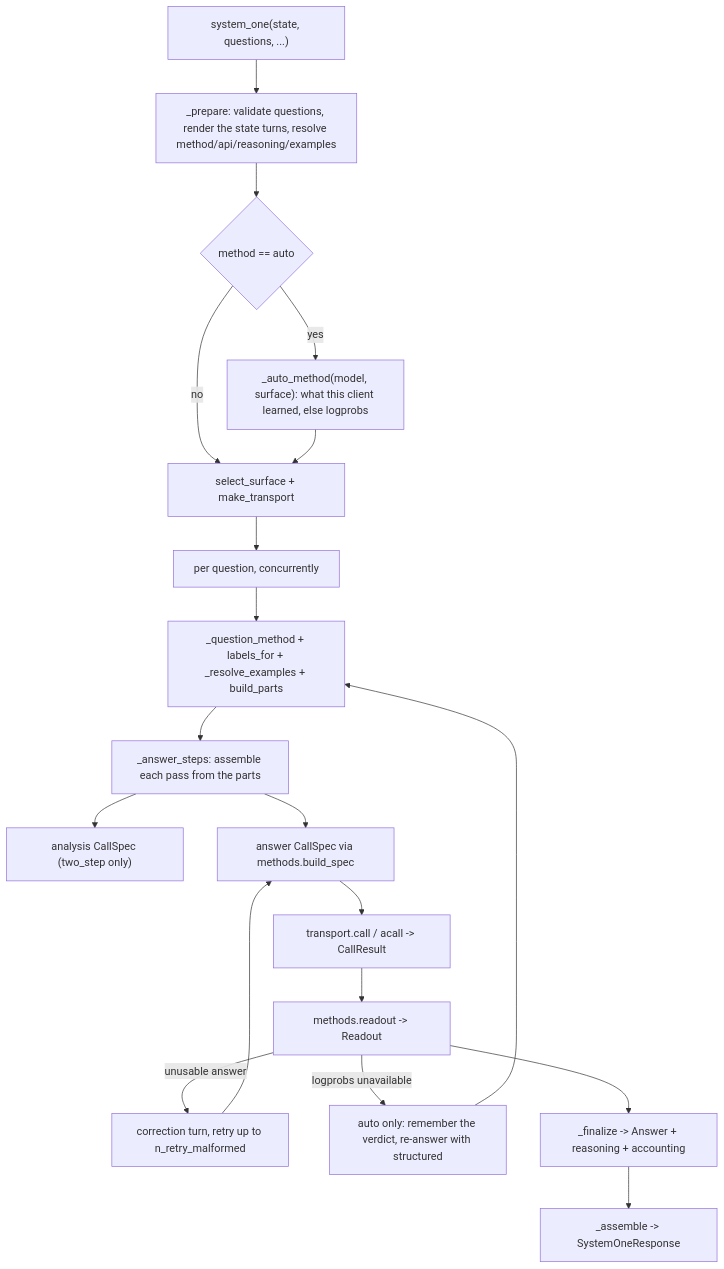
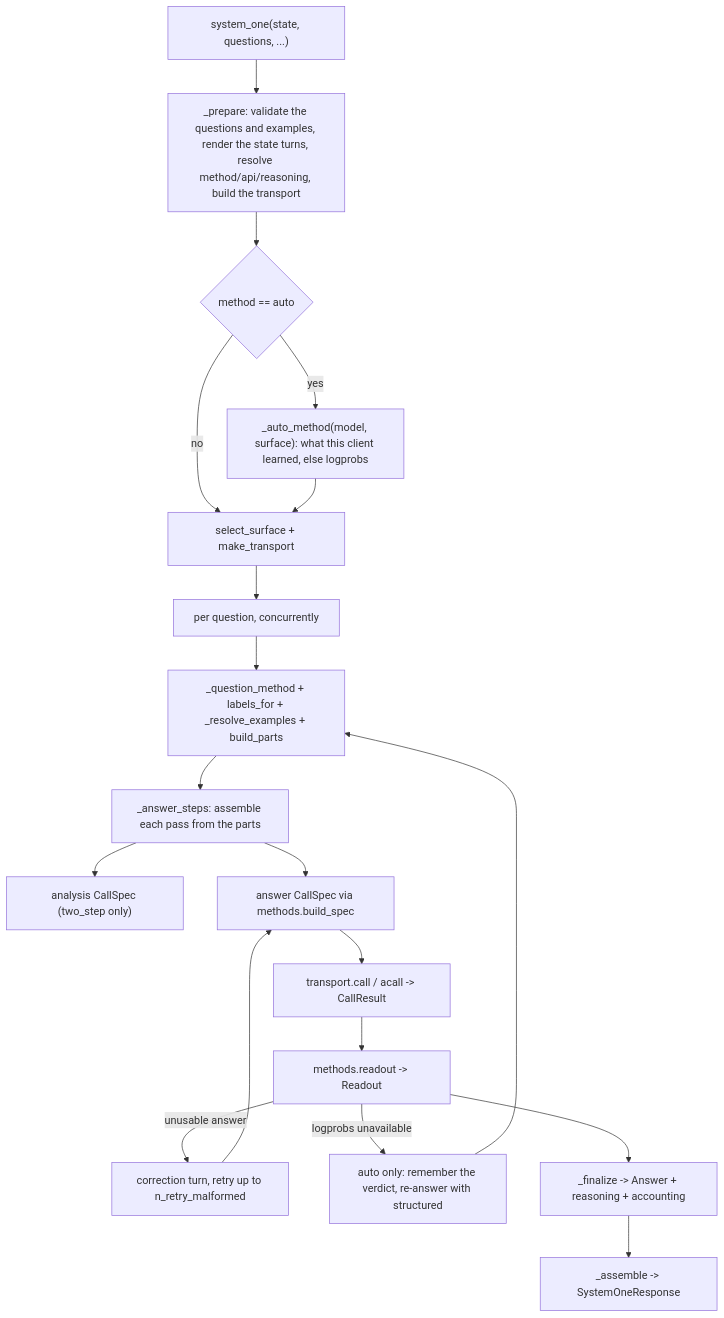
The diagram in docs/internals.md (zhulinchng/jevper), drawn with Mermaid before and after one commit. The commit also changed other lines of this file and 16 other files, not shown here.

````diff
--- a/docs/internals.md
+++ b/docs/internals.md
@@ -29,21 +29,21 @@
 ```mermaid
 flowchart TD
-    A["system_one(state, questions, ...)"] --> B["_prepare: validate questions, render the state turns, resolve method/api/reasoning/examples"]
+    A["system_one(state, questions, ...)"] --> B["_prepare: validate the questions and examples, render the state turns, resolve method/api/reasoning, build the transport"]
     B --> B2{"method == auto"}
     B2 -->|"yes"| B3["_auto_method(model, surface): what this client learned, else logprobs"]
     B2 -->|"no"| C
     B3 --> C["select_surface + make_transport"]
     C --> D["per question, concurrently"]
     D --> E["_question_method + labels_for + _resolve_examples + build_parts"]
     E --> F["_answer_steps: assemble each pass from the parts"]
     F --> G["analysis CallSpec (two_step only)"]
     F --> H["answer CallSpec via methods.build_spec"]
     H --> I["transport.call / acall -> CallResult"]
     I --> J["methods.readout -> Readout"]
     J -->|"unusable answer"| K["correction turn, retry up to n_retry_malformed"]
     K --> H
     J -->|"logprobs unavailable"| K2["auto only: remember the verdict, re-answer with structured"]
     K2 --> E
     J --> L["_finalize -> Answer + reasoning + accounting"]
     L --> M["_assemble -> SystemOneResponse"]
 ```
````
